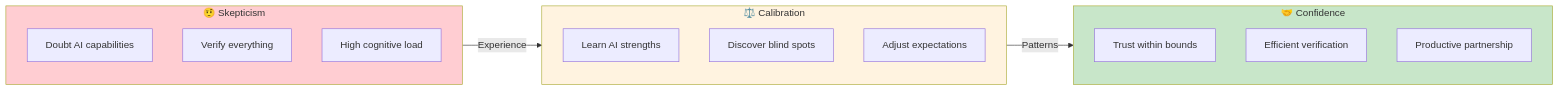
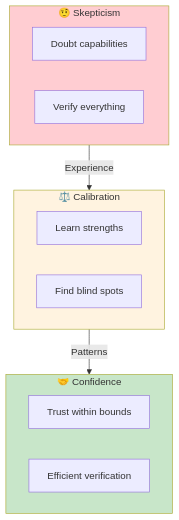
Before and after one commit to TheBushidoCollective/han: the first of 6 diagrams in website/content/papers/ai-dlc-2026/runbooks/adoption/building-trust.md, drawn with Mermaid. The commit also changed other lines of this file, not shown here.

First line of the commit message:
fix(website): narrow wide Mermaid diagrams in building-trust runbook

````diff
--- a/website/content/papers/ai-dlc-2026/runbooks/adoption/building-trust.md
+++ b/website/content/papers/ai-dlc-2026/runbooks/adoption/building-trust.md
@@ -9,30 +9,25 @@
 ```mermaid
-flowchart LR
+flowchart TB
     subgraph Phase1["🤨 Skepticism"]
-        direction TB
-        S1[Doubt AI capabilities]
+        S1[Doubt capabilities]
         S2[Verify everything]
-        S3[High cognitive load]
-    end
-
-    subgraph Phase2["⚖️ Calibration"]
-        direction TB
-        C1[Learn AI strengths]
-        C2[Discover blind spots]
-        C3[Adjust expectations]
-    end
-
-    subgraph Phase3["🤝 Confidence"]
-        direction TB
-        T1[Trust within bounds]
-        T2[Efficient verification]
-        T3[Productive partnership]
     end
 
     Phase1 -->|"Experience"| Phase2
+
+    subgraph Phase2["⚖️ Calibration"]
+        C1[Learn strengths]
+        C2[Find blind spots]
+    end
+
     Phase2 -->|"Patterns"| Phase3
+
+    subgraph Phase3["🤝 Confidence"]
+        T1[Trust within bounds]
+        T2[Efficient verification]
+    end
 
     style Phase1 fill:#ffcdd2
     style Phase2 fill:#fff3e0
     style Phase3 fill:#c8e6c9
 ```
````
